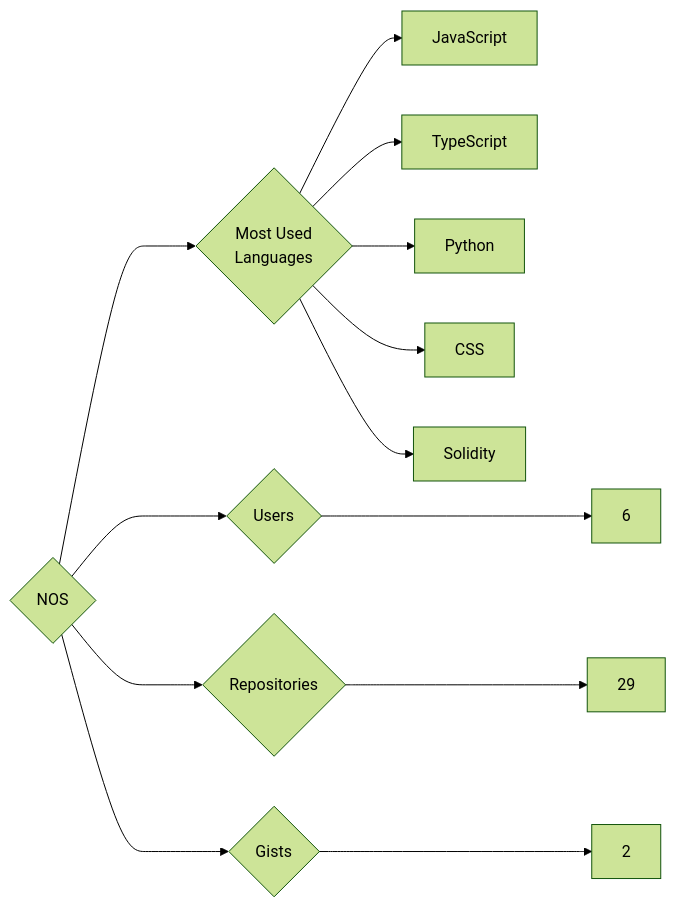
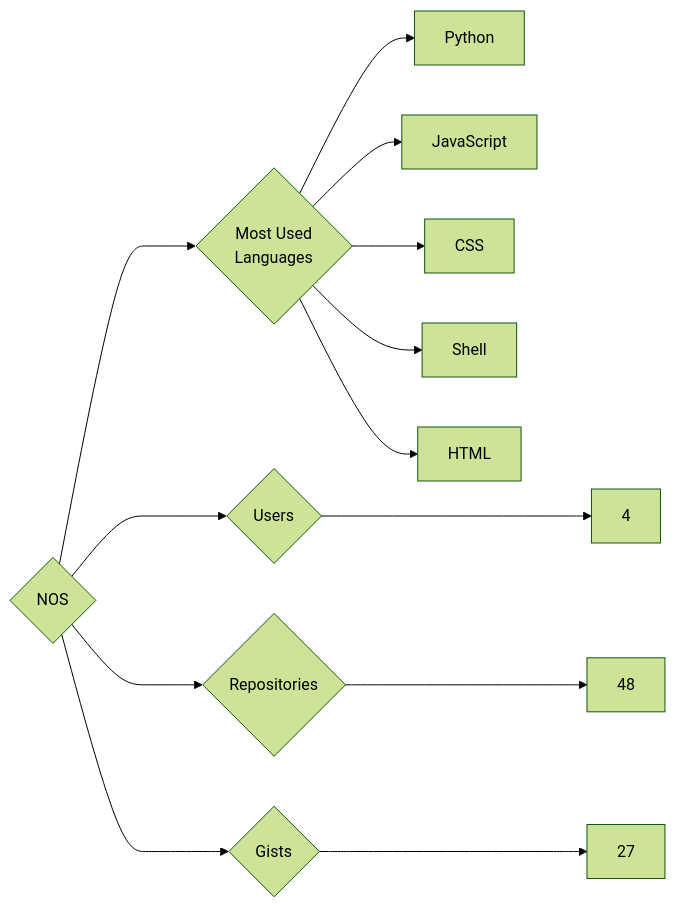
One commit to trickest/insiders changed the diagram in targets/NOS/README.md. Above: the diagram before and after it, drawn with Mermaid (forest theme). The commit also changed 1496 other files, not shown here.

````diff
--- a/targets/NOS/README.md
+++ b/targets/NOS/README.md
@@ -3,13 +3,13 @@
 ```mermaid
 graph LR
 COMPANY_NAME{NOS}
-COMPANY_NAME ---> U{Users} ---> UN[6]
-COMPANY_NAME ---> R{Repositories} ---> RN[29]
-COMPANY_NAME ---> G{Gists} ---> GN[2]
+COMPANY_NAME ---> U{Users} ---> UN[4]
+COMPANY_NAME ---> R{Repositories} ---> RN[48]
+COMPANY_NAME ---> G{Gists} ---> GN[27]
 COMPANY_NAME ---> ML{Most Used<br>Languages}
+ML --> Python[Python]
 ML --> JavaScript[JavaScript]
-ML --> TypeScript[TypeScript]
-ML --> Python[Python]
 ML --> CSS[CSS]
-ML --> Solidity[Solidity]
+ML --> Shell[Shell]
+ML --> HTML[HTML]
 ```
````
